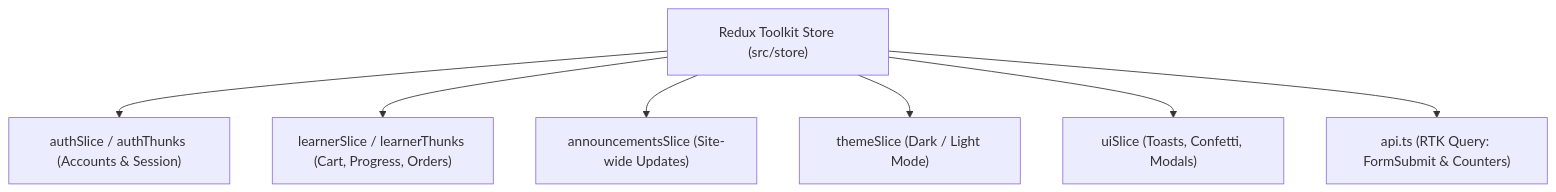
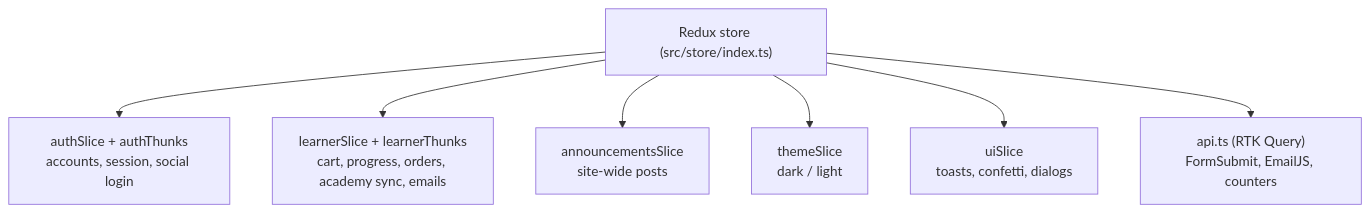
The diagram in README.md (takxilaaiacademy-star/Takxila_Demo_React), drawn with Mermaid before and after one commit. The commit also changed other lines of this file and 42 other files, not shown here.

````diff
--- a/README.md
+++ b/README.md
@@ -207,10 +362,10 @@
 ```mermaid
 graph TD
-    Store["Redux Toolkit Store (src/store)"]
-    Store --> Auth["authSlice / authThunks (Accounts & Session)"]
-    Store --> Learner["learnerSlice / learnerThunks (Cart, Progress, Orders)"]
-    Store --> Announce["announcementsSlice (Site-wide Updates)"]
-    Store --> Theme["themeSlice (Dark / Light Mode)"]
-    Store --> UI["uiSlice (Toasts, Confetti, Modals)"]
-    Store --> API["api.ts (RTK Query: FormSubmit & Counters)"]
+    Store["Redux store (src/store/index.ts)"]
+    Store --> Auth["authSlice + authThunks<br/>accounts, session, social login"]
+    Store --> Learner["learnerSlice + learnerThunks<br/>cart, progress, orders, academy sync, emails"]
+    Store --> Announce["announcementsSlice<br/>site-wide posts"]
+    Store --> Theme["themeSlice<br/>dark / light"]
+    Store --> UI["uiSlice<br/>toasts, confetti, dialogs"]
+    Store --> API["api.ts (RTK Query)<br/>FormSubmit, EmailJS, counters"]
 ```
````
